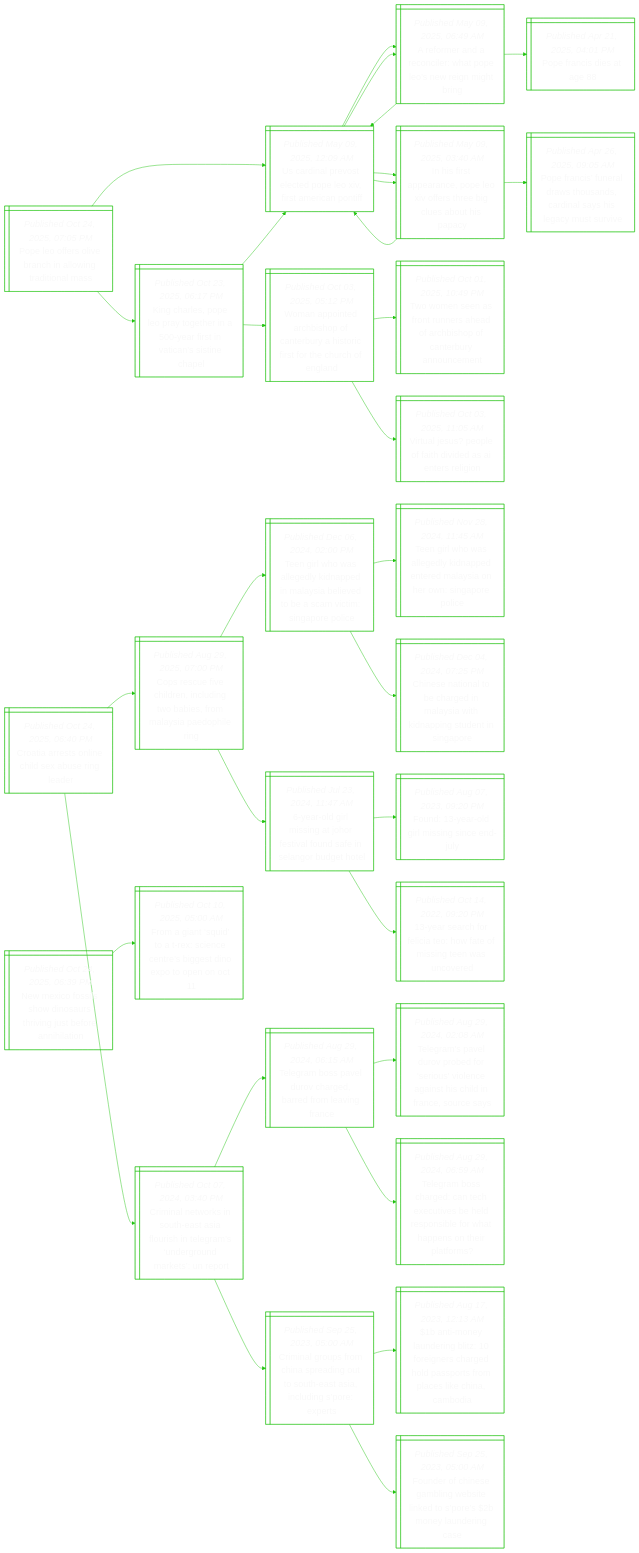
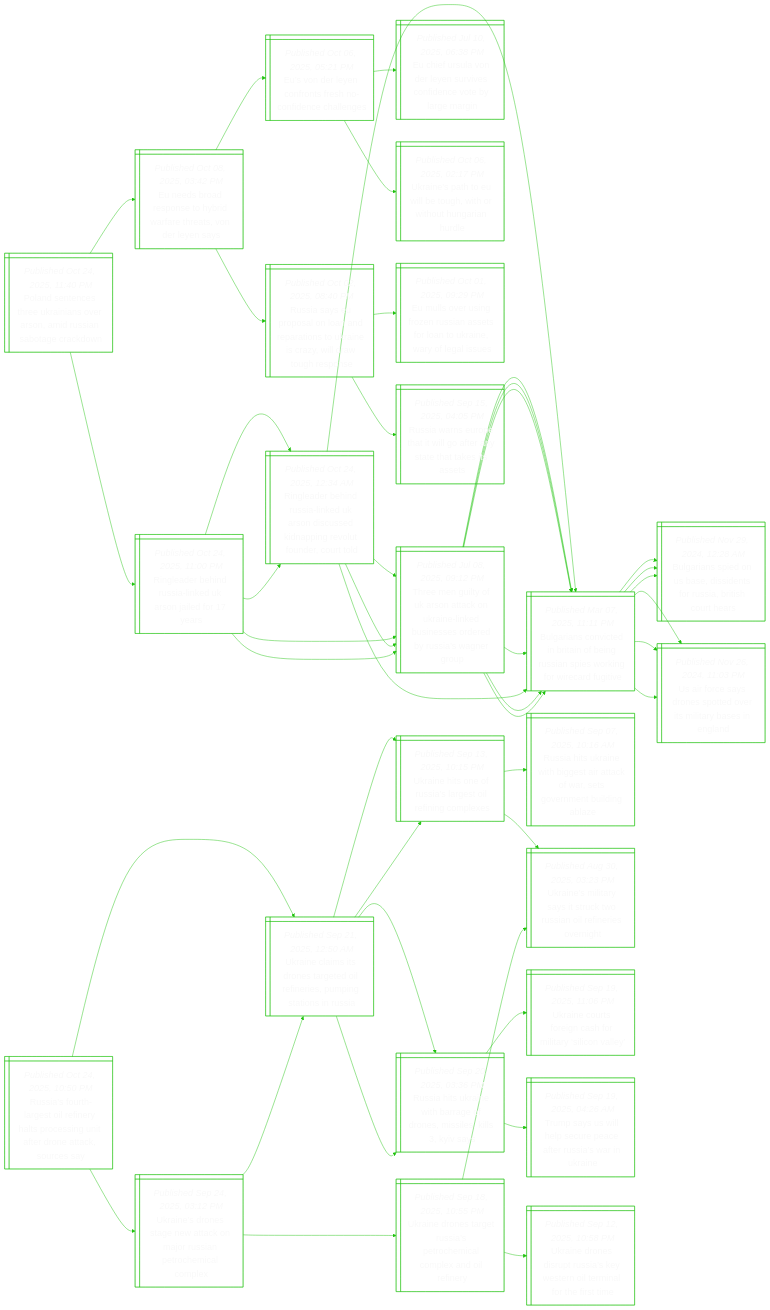
One commit to notJmes/notJmes changed the diagram in README.md. Above: the diagram before and after it, drawn with Mermaid. The commit also changed other lines of this file, not shown here.

````diff
--- a/README.md
+++ b/README.md
@@ -16,103 +16,142 @@
 flowchart LR
 classDef txtsize font-size:20px;
 
-Peeianwrim@{ shape: win-pane, label: "_Published Oct 24, 2025, 07:05 PM_
-Pope leo offers olive branch in allowing traditional mass" }
-UdPscooimat@{ shape: win-pane, label: "_Published May 09, 2025, 12:09 AM_
-Us cardinal prevost elected pope leo xiv, first american pontiff" }
-Arnclaenigi@{ shape: win-pane, label: "_Published May 09, 2025, 06:49 AM_
-A reformer and a reconciler: what pope leo’s new reign might bring" }
-Prsa@{ shape: win-pane, label: "_Published Apr 21, 2025, 04:01 PM_
-Pope francis dies at age 88" }
-UdPscooimat@{ shape: win-pane, label: "_Published May 09, 2025, 12:09 AM_
-Us cardinal prevost elected pope leo xiv, first american pontiff" }
-IfarPeoselbia@{ shape: win-pane, label: "_Published May 09, 2025, 03:40 AM_
-In his first appearance, pope leo xiv offers three big clues about his papacy" }
-UdPscooimat@{ shape: win-pane, label: "_Published May 09, 2025, 12:09 AM_
-Us cardinal prevost elected pope leo xiv, first american pontiff" }
-Prsraoddsiasv@{ shape: win-pane, label: "_Published Apr 26, 2025, 09:05 AM_
-Pope francis’ funeral draws thousands, cardinal says his legacy must survive" }
-KhsLaeiasanth@{ shape: win-pane, label: "_Published Oct 23, 2025, 06:17 PM_
-King charles, pope leo pray together in a 500-year first in vatican’s sistine chapel" }
-UdPscooimat@{ shape: win-pane, label: "_Published May 09, 2025, 12:09 AM_
-Us cardinal prevost elected pope leo xiv, first american pontiff" }
-Arnclaenigi@{ shape: win-pane, label: "_Published May 09, 2025, 06:49 AM_
-A reformer and a reconciler: what pope leo’s new reign might bring" }
-IfarPeoselbia@{ shape: win-pane, label: "_Published May 09, 2025, 03:40 AM_
-In his first appearance, pope leo xiv offers three big clues about his papacy" }
-Wanrsfeytffecnd@{ shape: win-pane, label: "_Published Oct 03, 2025, 05:12 PM_
-Woman appointed archbishop of canterbury a historic first for the church of england" }
-TmerusdchCrann@{ shape: win-pane, label: "_Published Oct 01, 2025, 10:49 PM_
-Two women seen as front runners ahead of archbishop of canterbury announcement" }
-VaupfdeIri@{ shape: win-pane, label: "_Published Oct 03, 2025, 11:05 AM_
-Virtual jesus? people of faith divided as ai enters religion" }
+PdetUnormssaaw@{ shape: win-pane, label: "_Published Oct 24, 2025, 11:40 PM_
+Poland sentences three ukrainians over arson, amid russian sabotage crackdown" }
+Rebdikajde@{ shape: win-pane, label: "_Published Oct 24, 2025, 11:00 PM_
+Ringleader behind russia-linked uk arson jailed for 17 years" }
+Rebdikadsipetdul@{ shape: win-pane, label: "_Published Oct 24, 2025, 12:34 AM_
+Ringleader behind russia-linked uk arson discussed kidnapping revolut founder, court told" }
+TmifstninusrdsWrp@{ shape: win-pane, label: "_Published Jul 08, 2025, 09:12 PM_
+Three men guilty of uk arson attack on ukraine-linked businesses ordered by russia’s wagner group" }
+BrccnabRaekoefi@{ shape: win-pane, label: "_Published Mar 07, 2025, 11:11 PM_
+Bulgarians convicted in britain of being russian spies working for wirecard fugitive" }
+TmifstninusrdsWrp@{ shape: win-pane, label: "_Published Jul 08, 2025, 09:12 PM_
+Three men guilty of uk arson attack on ukraine-linked businesses ordered by russia’s wagner group" }
+BrccnabRaekoefi@{ shape: win-pane, label: "_Published Mar 07, 2025, 11:11 PM_
+Bulgarians convicted in britain of being russian spies working for wirecard fugitive" }
+BrccnabRaekoefi@{ shape: win-pane, label: "_Published Mar 07, 2025, 11:11 PM_
+Bulgarians convicted in britain of being russian spies working for wirecard fugitive" }
+Edaptrrttdyy@{ shape: win-pane, label: "_Published Oct 08, 2025, 03:42 PM_
+Eu needs broad response to hybrid warfare threats, von der leyen says" }
+Eneonecdce@{ shape: win-pane, label: "_Published Oct 06, 2025, 05:21 PM_
+Eu’s von der leyen confronts fresh no-confidence challenges" }
+Eeuneuefcerr@{ shape: win-pane, label: "_Published Jul 10, 2025, 06:38 PM_
+Eu chief ursula von der leyen survives confidence vote by large margin" }
+UntUbghtHru@{ shape: win-pane, label: "_Published Oct 06, 2025, 02:17 PM_
+Ukraine’s path to eu will be tough, with or without hungarian hurdle" }
+RaEponettasydoes@{ shape: win-pane, label: "_Published Oct 02, 2025, 08:40 PM_
+Russia says eu proposal on loan and reparations to ukraine is crazy, will draw tough response" }
+Elrgessfakeoau@{ shape: win-pane, label: "_Published Oct 01, 2025, 09:29 PM_
+Eu mulls over using frozen russian assets for loan to ukraine, wary of legal issues" }
+Rasptlfnttss@{ shape: win-pane, label: "_Published Sep 15, 2025, 04:05 PM_
+Russia warns europe that it will go after any state that takes its assets" }
 
-Peeianwrim:::txtsize --> UdPscooimat:::txtsize
-UdPscooimat:::txtsize --> Arnclaenigi:::txtsize
-Arnclaenigi:::txtsize --> Prsa:::txtsize
-Arnclaenigi:::txtsize --> UdPscooimat:::txtsize
-UdPscooimat:::txtsize --> IfarPeoselbia:::txtsize
-IfarPeoselbia:::txtsize --> UdPscooimat:::txtsize
-IfarPeoselbia:::txtsize --> Prsraoddsiasv:::txtsize
-Peeianwrim:::txtsize --> KhsLaeiasanth:::txtsize
-KhsLaeiasanth:::txtsize --> UdPscooimat:::txtsize
-UdPscooimat:::txtsize --> Arnclaenigi:::txtsize
-UdPscooimat:::txtsize --> IfarPeoselbia:::txtsize
-KhsLaeiasanth:::txtsize --> Wanrsfeytffecnd:::txtsize
-Wanrsfeytffecnd:::txtsize --> TmerusdchCrann:::txtsize
-Wanrsfeytffecnd:::txtsize --> VaupfdeIri:::txtsize
+PdetUnormssaaw:::txtsize --> Rebdikajde:::txtsize
+Rebdikajde:::txtsize --> Rebdikadsipetdul:::txtsize
+Rebdikadsipetdul:::txtsize --> TmifstninusrdsWrp:::txtsize
+Rebdikadsipetdul:::txtsize --> BrccnabRaekoefi:::txtsize
+Rebdikajde:::txtsize --> TmifstninusrdsWrp:::txtsize
+TmifstninusrdsWrp:::txtsize --> BrccnabRaekoefi:::txtsize
+TmifstninusrdsWrp:::txtsize --> BrccnabRaekoefi:::txtsize
+PdetUnormssaaw:::txtsize --> Edaptrrttdyy:::txtsize
+Edaptrrttdyy:::txtsize --> Eneonecdce:::txtsize
+Eneonecdce:::txtsize --> Eeuneuefcerr:::txtsize
+Eneonecdce:::txtsize --> UntUbghtHru:::txtsize
+Edaptrrttdyy:::txtsize --> RaEponettasydoes:::txtsize
+RaEponettasydoes:::txtsize --> Elrgessfakeoau:::txtsize
+RaEponettasydoes:::txtsize --> Rasptlfnttss:::txtsize
 
-Ciencsund@{ shape: win-pane, label: "_Published Oct 24, 2025, 06:40 PM_
-Croatia arrests online child sex abuse ring leader" }
-Cefhelgafaidlg@{ shape: win-pane, label: "_Published Aug 29, 2025, 07:00 PM_
-Cops rescue five children, including two babies, from malaysia paedophile ring" }
-TiolddeaiitsiSpo@{ shape: win-pane, label: "_Published Dec 06, 2024, 02:00 PM_
-Teen girl who was allegedly kidnapped in malaysia believed to be a scam victim: singapore police" }
-TiolddeeaieSpo@{ shape: win-pane, label: "_Published Nov 28, 2024, 11:45 AM_
-Teen girl who was allegedly kidnapped entered malaysia on her own: singapore police" }
-Csithdlakpsnio@{ shape: win-pane, label: "_Published Dec 04, 2024, 07:25 PM_
-Chinese national to be charged in malaysia with kidnapping student in singapore" }
-ylliJfvufeogt@{ shape: win-pane, label: "_Published Jul 23, 2024, 11:47 AM_
-6-year-old girl missing at johor festival found safe in selangor budget hotel" }
-Fyllind@{ shape: win-pane, label: "_Published Aug 07, 2023, 09:20 PM_
-Found: 13-year-old girl missing since end-july" }
-yeflTwosesv@{ shape: win-pane, label: "_Published Oct 14, 2022, 09:20 PM_
-13-year search for felicia teo: how fate of missing teen was uncovered" }
-Cntsusarngugdert@{ shape: win-pane, label: "_Published Oct 07, 2024, 03:40 PM_
-Criminal networks in south-east asia flourish in telegram’s ‘underground markets’: un report" }
-Trseorafegc@{ shape: win-pane, label: "_Published Aug 29, 2024, 06:15 AM_
-Telegram boss pavel durov charged, barred from leaving france" }
-TraurfrvnahiFecs@{ shape: win-pane, label: "_Published Aug 29, 2024, 02:08 AM_
-Telegram's pavel durov probed for 'serious' violence against his child in france, source says" }
-Trsrahuslpbrhnhlr@{ shape: win-pane, label: "_Published Aug 29, 2024, 06:59 AM_
-Telegram boss charged: can tech executives be held responsible for what happens on their platforms?" }
-Cnorirntttidpxs@{ shape: win-pane, label: "_Published Sep 25, 2023, 05:00 AM_
-Criminal groups from china spreading out to south-east asia, including s’pore: experts" }
-bmlebfgcedpfllhai@{ shape: win-pane, label: "_Published Aug 17, 2023, 12:13 AM_
-$1b anti-money laundering blitz: 10 foreigners charged hold passports from places like china, cambodia" }
-Feheleeepbydg@{ shape: win-pane, label: "_Published Sep 25, 2023, 05:00 AM_
-Founder of chinese gambling website linked to s’pore’s $2b money laundering case" }
+Rebdikajde@{ shape: win-pane, label: "_Published Oct 24, 2025, 11:00 PM_
+Ringleader behind russia-linked uk arson jailed for 17 years" }
+Rebdikadsipetdul@{ shape: win-pane, label: "_Published Oct 24, 2025, 12:34 AM_
+Ringleader behind russia-linked uk arson discussed kidnapping revolut founder, court told" }
+TmifstninusrdsWrp@{ shape: win-pane, label: "_Published Jul 08, 2025, 09:12 PM_
+Three men guilty of uk arson attack on ukraine-linked businesses ordered by russia’s wagner group" }
+BrccnabRaekoefi@{ shape: win-pane, label: "_Published Mar 07, 2025, 11:11 PM_
+Bulgarians convicted in britain of being russian spies working for wirecard fugitive" }
+BrccnabRaekoefi@{ shape: win-pane, label: "_Published Mar 07, 2025, 11:11 PM_
+Bulgarians convicted in britain of being russian spies working for wirecard fugitive" }
+BrccnabRaekoefi@{ shape: win-pane, label: "_Published Mar 07, 2025, 11:11 PM_
+Bulgarians convicted in britain of being russian spies working for wirecard fugitive" }
+Brsoasnritoe@{ shape: win-pane, label: "_Published Nov 29, 2024, 12:28 AM_
+Bulgarians spied on us base, dissidents for russia, british court hears" }
+UFsrserirend@{ shape: win-pane, label: "_Published Nov 26, 2024, 11:03 PM_
+Us air force says drones spotted over its military bases in england" }
+TmifstninusrdsWrp@{ shape: win-pane, label: "_Published Jul 08, 2025, 09:12 PM_
+Three men guilty of uk arson attack on ukraine-linked businesses ordered by russia’s wagner group" }
+BrccnabRaekoefi@{ shape: win-pane, label: "_Published Mar 07, 2025, 11:11 PM_
+Bulgarians convicted in britain of being russian spies working for wirecard fugitive" }
+Brsoasnritoe@{ shape: win-pane, label: "_Published Nov 29, 2024, 12:28 AM_
+Bulgarians spied on us base, dissidents for russia, british court hears" }
+UFsrserirend@{ shape: win-pane, label: "_Published Nov 26, 2024, 11:03 PM_
+Us air force says drones spotted over its military bases in england" }
+BrccnabRaekoefi@{ shape: win-pane, label: "_Published Mar 07, 2025, 11:11 PM_
+Bulgarians convicted in britain of being russian spies working for wirecard fugitive" }
+Brsoasnritoe@{ shape: win-pane, label: "_Published Nov 29, 2024, 12:28 AM_
+Bulgarians spied on us base, dissidents for russia, british court hears" }
+UFsrserirend@{ shape: win-pane, label: "_Published Nov 26, 2024, 11:03 PM_
+Us air force says drones spotted over its military bases in england" }
 
-Ciencsund:::txtsize --> Cefhelgafaidlg:::txtsize
-Cefhelgafaidlg:::txtsize --> TiolddeaiitsiSpo:::txtsize
-TiolddeaiitsiSpo:::txtsize --> TiolddeeaieSpo:::txtsize
-TiolddeaiitsiSpo:::txtsize --> Csithdlakpsnio:::txtsize
-Cefhelgafaidlg:::txtsize --> ylliJfvufeogt:::txtsize
-ylliJfvufeogt:::txtsize --> Fyllind:::txtsize
-ylliJfvufeogt:::txtsize --> yeflTwosesv:::txtsize
-Ciencsund:::txtsize --> Cntsusarngugdert:::txtsize
-Cntsusarngugdert:::txtsize --> Trseorafegc:::txtsize
-Trseorafegc:::txtsize --> TraurfrvnahiFecs:::txtsize
-Trseorafegc:::txtsize --> Trsrahuslpbrhnhlr:::txtsize
-Cntsusarngugdert:::txtsize --> Cnorirntttidpxs:::txtsize
-Cnorirntttidpxs:::txtsize --> bmlebfgcedpfllhai:::txtsize
-Cnorirntttidpxs:::txtsize --> Feheleeepbydg:::txtsize
+Rebdikajde:::txtsize --> Rebdikadsipetdul:::txtsize
+Rebdikadsipetdul:::txtsize --> TmifstninusrdsWrp:::txtsize
+TmifstninusrdsWrp:::txtsize --> BrccnabRaekoefi:::txtsize
+TmifstninusrdsWrp:::txtsize --> BrccnabRaekoefi:::txtsize
+Rebdikadsipetdul:::txtsize --> BrccnabRaekoefi:::txtsize
+BrccnabRaekoefi:::txtsize --> Brsoasnritoe:::txtsize
+BrccnabRaekoefi:::txtsize --> UFsrserirend:::txtsize
+Rebdikajde:::txtsize --> TmifstninusrdsWrp:::txtsize
+TmifstninusrdsWrp:::txtsize --> BrccnabRaekoefi:::txtsize
+BrccnabRaekoefi:::txtsize --> Brsoasnritoe:::txtsize
+BrccnabRaekoefi:::txtsize --> UFsrserirend:::txtsize
+TmifstninusrdsWrp:::txtsize --> BrccnabRaekoefi:::txtsize
+BrccnabRaekoefi:::txtsize --> Brsoasnritoe:::txtsize
+BrccnabRaekoefi:::txtsize --> UFsrserirend:::txtsize
 
-Nxosdahntrit@{ shape: win-pane, label: "_Published Oct 24, 2025, 06:39 PM_
-New mexico fossils show dinosaurs thriving just before annihilation" }
-Fgsteeesenoec@{ shape: win-pane, label: "_Published Oct 10, 2025, 05:00 AM_
-From a giant ‘squid’ to a t-rex: science centre’s biggest dino expo to open on oct 11" }
+Rarrofysegadakcy@{ shape: win-pane, label: "_Published Oct 24, 2025, 10:50 PM_
+Russia’s fourth-largest oil refinery halts processing unit after drone attack, sources say" }
+UnisegofimsoRa@{ shape: win-pane, label: "_Published Sep 21, 2025, 12:50 AM_
+Ukraine claims its drones targeted oil refineries, pumping stations in russia" }
+Unsfirofgl@{ shape: win-pane, label: "_Published Sep 13, 2025, 10:15 PM_
+Ukraine hits one of russia’s largest oil refining complexes" }
+RaUnhercasrtdb@{ shape: win-pane, label: "_Published Sep 07, 2025, 10:16 AM_
+Russia hits ukraine with biggest air attack of war, sets government building ablaze" }
+Unlyiuoilnsn@{ shape: win-pane, label: "_Published Aug 30, 2025, 03:23 PM_
+Ukraine’s military says it struck two russian oil refineries overnight" }
+RaUnhadsiiyy@{ shape: win-pane, label: "_Published Sep 20, 2025, 03:36 PM_
+Russia hits ukraine with barrage of drones, missiles, kills 3, kyiv says" }
+UnrrcoiSol@{ shape: win-pane, label: "_Published Sep 19, 2025, 11:06 PM_
+Ukraine courts foreign cash for military ‘silicon valley’" }
+TsShepaRaia@{ shape: win-pane, label: "_Published Sep 19, 2025, 04:26 AM_
+Trump says us will help secure peace after russia’s war in ukraine" }
+UnoteamRarmce@{ shape: win-pane, label: "_Published Sep 24, 2025, 03:12 PM_
+Ukraine’s drones stage new attack on major russian petrochemical complex" }
+Unnrusoioxii@{ shape: win-pane, label: "_Published Sep 18, 2025, 10:55 PM_
+Ukraine drones target russia’s petrochemical complex and oil refinery" }
+Unlyiuoilnsn@{ shape: win-pane, label: "_Published Aug 30, 2025, 03:23 PM_
+Ukraine’s military says it struck two russian oil refineries overnight" }
+UnnsRawrtnrii@{ shape: win-pane, label: "_Published Sep 12, 2025, 10:58 PM_
+Ukraine drones disrupt russia’s key western oil terminal for the first time" }
+UnisegofimsoRa@{ shape: win-pane, label: "_Published Sep 21, 2025, 12:50 AM_
+Ukraine claims its drones targeted oil refineries, pumping stations in russia" }
+Unsfirofgl@{ shape: win-pane, label: "_Published Sep 13, 2025, 10:15 PM_
+Ukraine hits one of russia’s largest oil refining complexes" }
+RaUnhadsiiyy@{ shape: win-pane, label: "_Published Sep 20, 2025, 03:36 PM_
+Russia hits ukraine with barrage of drones, missiles, kills 3, kyiv says" }
 
-Nxosdahntrit:::txtsize --> Fgsteeesenoec:::txtsize
+Rarrofysegadakcy:::txtsize --> UnisegofimsoRa:::txtsize
+UnisegofimsoRa:::txtsize --> Unsfirofgl:::txtsize
+Unsfirofgl:::txtsize --> RaUnhercasrtdb:::txtsize
+Unsfirofgl:::txtsize --> Unlyiuoilnsn:::txtsize
+UnisegofimsoRa:::txtsize --> RaUnhadsiiyy:::txtsize
+RaUnhadsiiyy:::txtsize --> UnrrcoiSol:::txtsize
+RaUnhadsiiyy:::txtsize --> TsShepaRaia:::txtsize
+Rarrofysegadakcy:::txtsize --> UnoteamRarmce:::txtsize
+UnoteamRarmce:::txtsize --> Unnrusoioxii:::txtsize
+Unnrusoioxii:::txtsize --> Unlyiuoilnsn:::txtsize
+Unnrusoioxii:::txtsize --> UnnsRawrtnrii:::txtsize
+UnoteamRarmce:::txtsize --> UnisegofimsoRa:::txtsize
+UnisegofimsoRa:::txtsize --> Unsfirofgl:::txtsize
+UnisegofimsoRa:::txtsize --> RaUnhadsiiyy:::txtsize
 
 ```
````
